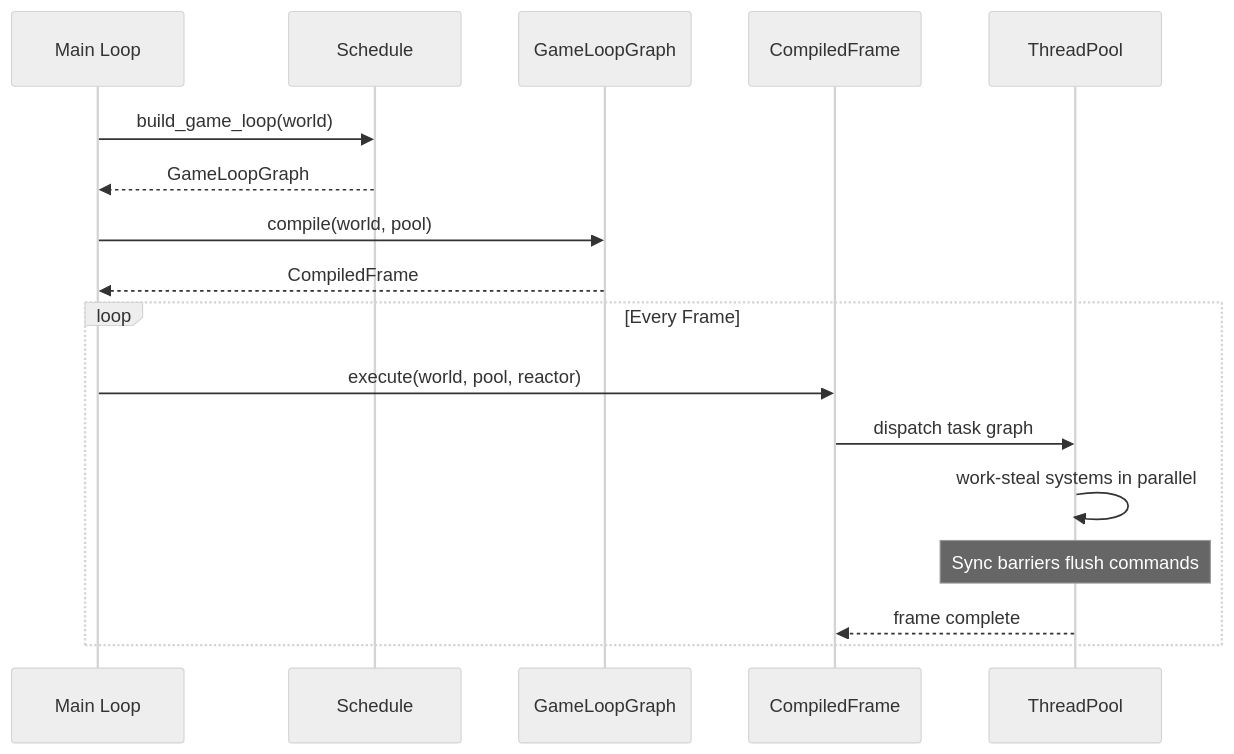
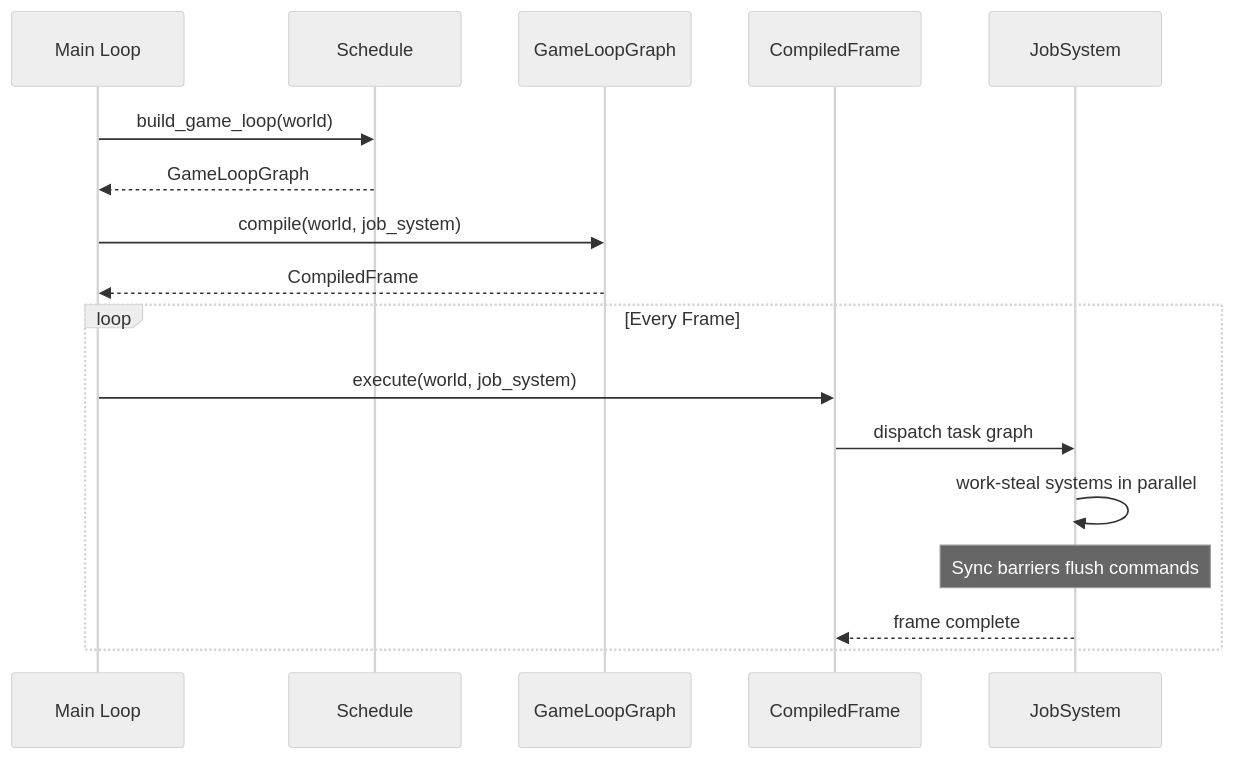
The ninth of 9 diagrams in docs/design/core-runtime/ecs.md (harmonius-dev/harmonius), drawn with Mermaid (neutral theme) before and after one commit. The commit also changed other lines of this file and 174 other files, not shown here.

````diff
--- a/docs/design/core-runtime/ecs.md
+++ b/docs/design/core-runtime/ecs.md
@@ -2635,22 +2707,22 @@
 ```mermaid
 sequenceDiagram
     participant ML as Main Loop
     participant SC as Schedule
     participant GLG as GameLoopGraph
     participant CF as CompiledFrame
-    participant TP as ThreadPool
+    participant JS as JobSystem
 
     ML->>SC: build_game_loop(world)
     SC-->>ML: GameLoopGraph
 
-    ML->>GLG: compile(world, pool)
+    ML->>GLG: compile(world, job_system)
     GLG-->>ML: CompiledFrame
 
     loop Every Frame
-        ML->>CF: execute(world, pool, reactor)
-        CF->>TP: dispatch task graph
-        TP->>TP: work-steal systems in parallel
-        Note over TP: Sync barriers flush commands
-        TP-->>CF: frame complete
+        ML->>CF: execute(world, job_system)
+        CF->>JS: dispatch task graph
+        JS->>JS: work-steal systems in parallel
+        Note over JS: Sync barriers flush commands
+        JS-->>CF: frame complete
     end
 ```
````
